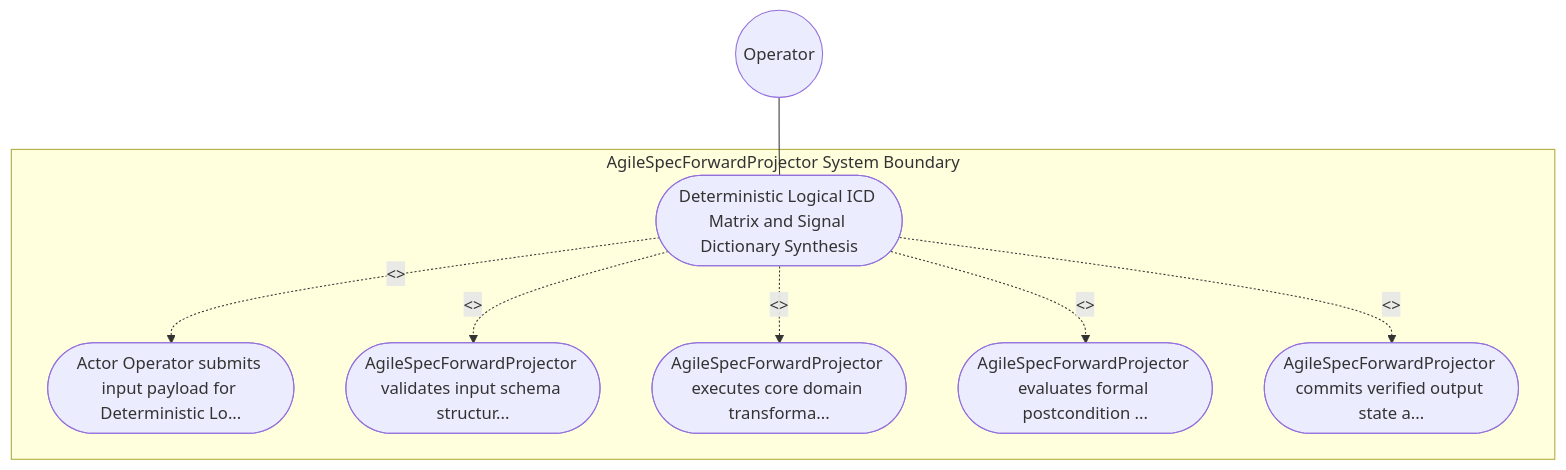
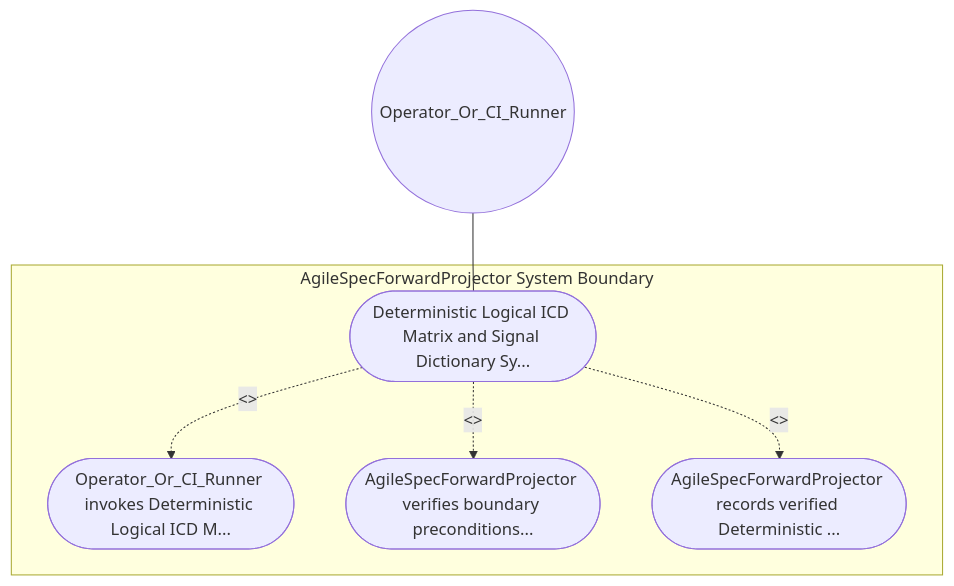
The diagram in .pipeline/upstream/docs/use-cases/UC-17-Deterministic_Logical_ICD_Matrix_and_Signal_Dictionary_Synthesis.md (gintatkinson/DEAP01-spec-core), drawn with Mermaid before and after one commit. The commit also changed other lines of this file and 213 other files, not shown here.

````diff
--- a/.pipeline/upstream/docs/use-cases/UC-17-Deterministic_Logical_ICD_Matrix_and_Signal_Dictionary_Synthesis.md
+++ b/.pipeline/upstream/docs/use-cases/UC-17-Deterministic_Logical_ICD_Matrix_and_Signal_Dictionary_Synthesis.md
@@ -16,17 +16,13 @@
 ```mermaid
 graph TD
     subgraph "AgileSpecForwardProjector System Boundary"
-        UC_Main(["Deterministic Logical ICD Matrix and Signal Dictionary Synthesis"])
-        UC_Step01(["Actor Operator submits input payload for Deterministic Lo..."])
-        UC_Step02(["AgileSpecForwardProjector validates input schema structur..."])
-        UC_Step03(["AgileSpecForwardProjector executes core domain transforma..."])
-        UC_Step04(["AgileSpecForwardProjector evaluates formal postcondition ..."])
-        UC_Step05(["AgileSpecForwardProjector commits verified output state a..."])
+        UC_Main(["Deterministic Logical ICD Matrix and Signal Dictionary Sy..."])
+        UC_Step01(["Operator_Or_CI_Runner invokes Deterministic Logical ICD M..."])
+        UC_Step02(["AgileSpecForwardProjector verifies boundary preconditions..."])
+        UC_Step03(["AgileSpecForwardProjector records verified Deterministic ..."])
     end
-    Operator(("Operator")) --- UC_Main
+    Operator_Or_CI_Runner(("Operator_Or_CI_Runner")) --- UC_Main
     UC_Main -. "<<include>>" .-> UC_Step01
     UC_Main -. "<<include>>" .-> UC_Step02
     UC_Main -. "<<include>>" .-> UC_Step03
-    UC_Main -. "<<include>>" .-> UC_Step04
-    UC_Main -. "<<include>>" .-> UC_Step05
 ```
````
